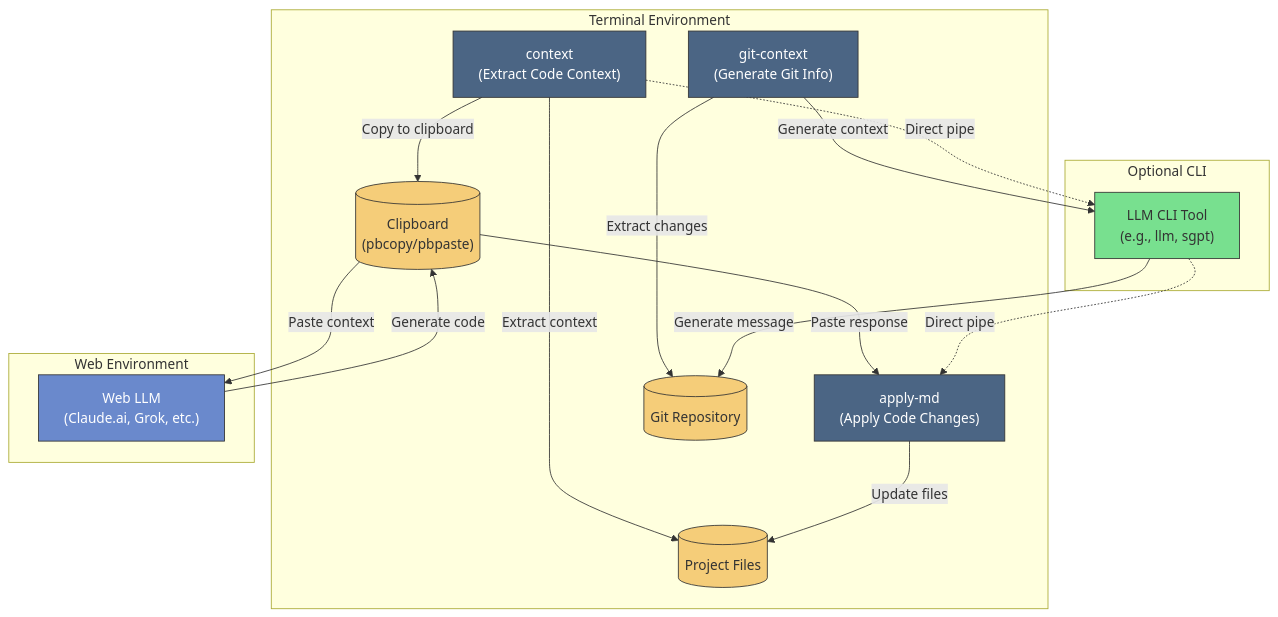
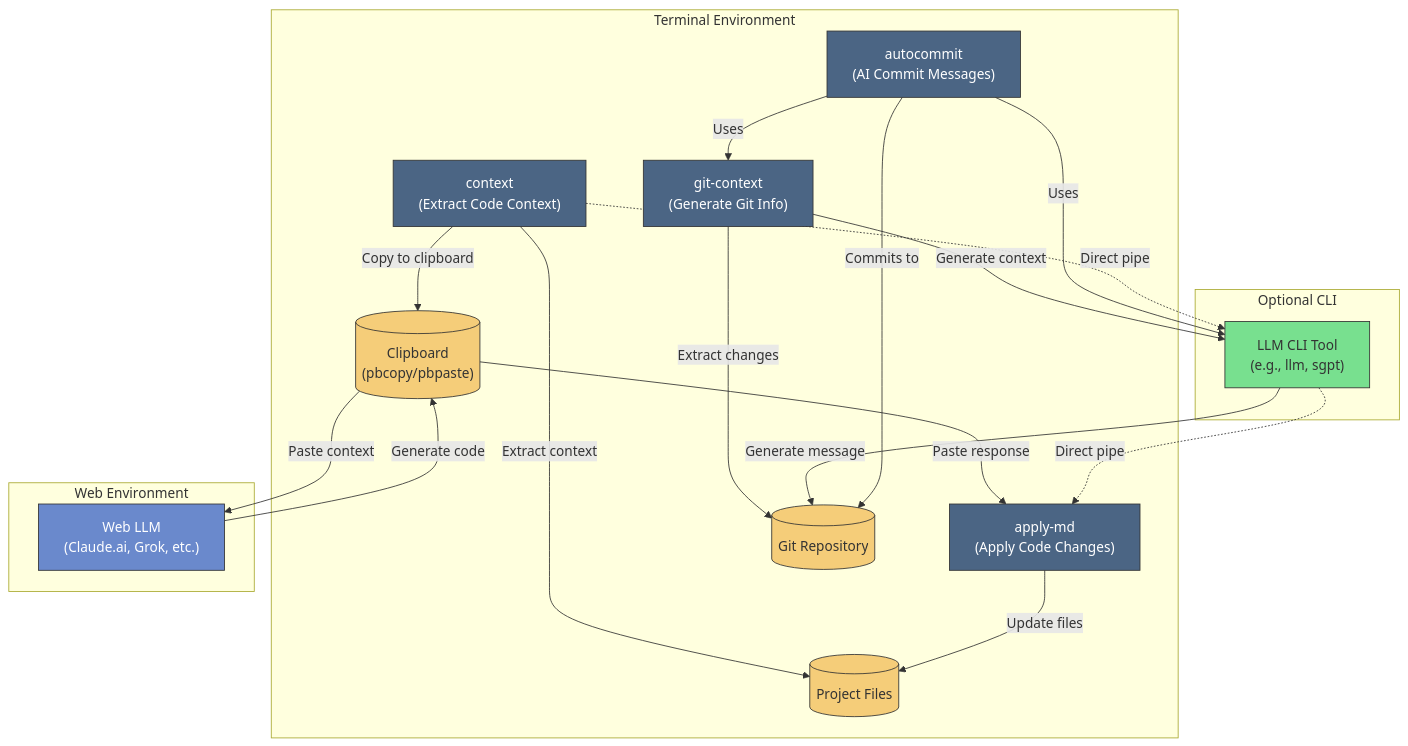
The diagram in README.md (Strawberry-Computer/poorcoder), drawn with Mermaid before and after one commit. The commit also changed other lines of this file, not shown here.

First line of the commit message:
Add autocommit script and update README with workflow documentation

````diff
--- a/README.md
+++ b/README.md
@@ -129,47 +149,53 @@
 ```mermaid
 flowchart TB
     subgraph "Terminal Environment"
         context["context\n(Extract Code Context)"]
         applymd["apply-md\n(Apply Code Changes)"]
         gitcontext["git-context\n(Generate Git Info)"]
+        autocommit["autocommit\n(AI Commit Messages)"]
         clipboard[("Clipboard\n(pbcopy/pbpaste)")]
         files[("Project Files")]
         git[("Git Repository")]
     end
     
     subgraph "Web Environment"
         llm["Web LLM\n(Claude.ai, Grok, etc.)"]
     end
     
     subgraph "Optional CLI"
         llmcli["LLM CLI Tool\n(e.g., llm, sgpt)"]
     end
     
     %% Connections for Web Workflow
     context -->|"Extract context"| files
     context -->|"Copy to clipboard"| clipboard
     clipboard -->|"Paste context"| llm
     llm -->|"Generate code"| clipboard
     clipboard -->|"Paste response"| applymd
     applymd -->|"Update files"| files
     
     %% Connections for Git workflow
     gitcontext -->|"Extract changes"| git
     gitcontext -->|"Generate context"| llmcli
     llmcli -->|"Generate message"| git
     
+    %% Autocommit workflow
+    autocommit -->|"Uses"| gitcontext
+    autocommit -->|"Uses"| llmcli
+    autocommit -->|"Commits to"| git
+    
     %% Direct CLI workflow
     context -.->|"Direct pipe"| llmcli
     llmcli -.->|"Direct pipe"| applymd
     
     %% Styling
     classDef tool fill:#4b6584,stroke:#333,stroke-width:1px,color:white
     classDef storage fill:#f5cd79,stroke:#333,stroke-width:1px
     classDef external fill:#6a89cc,stroke:#333,stroke-width:1px,color:white
     classDef cli fill:#78e08f,stroke:#333,stroke-width:1px
     
-    class context,applymd,gitcontext tool
+    class context,applymd,gitcontext,autocommit tool
     class files,clipboard,git storage
     class llm external
     class llmcli cli
 ```
````
